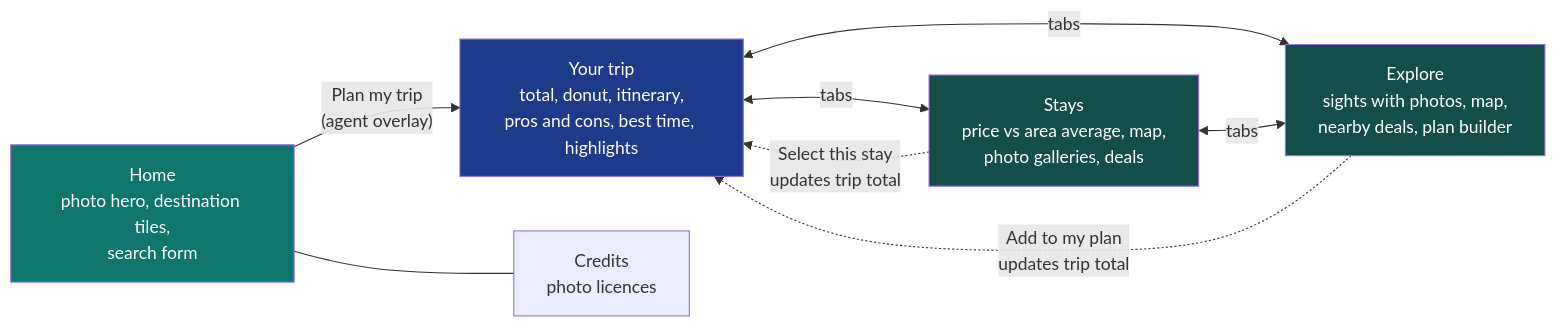
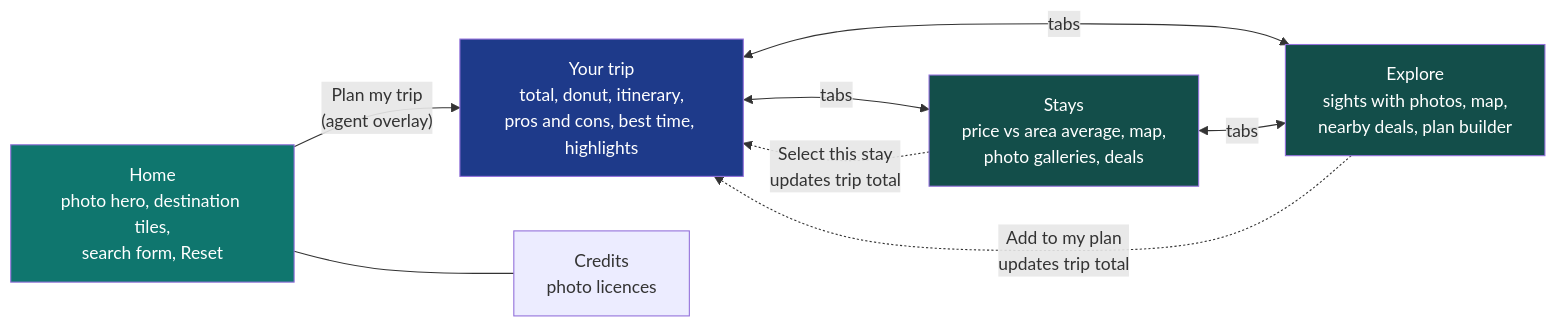
The first of 4 diagrams in docs/04-frontend-and-visual-experience.md (roybrand/travelAgentAI), drawn with Mermaid before and after one commit. The commit also changed 74 other files, not shown here.

````diff
--- a/docs/04-frontend-and-visual-experience.md
+++ b/docs/04-frontend-and-visual-experience.md
@@ -24,20 +24,20 @@
 ```mermaid
 flowchart LR
-    H["Home<br/>photo hero, destination tiles,<br/>search form"] -->|"Plan my trip<br/>(agent overlay)"| T
+    H["Home<br/>photo hero, destination tiles,<br/>search form, Reset"] -->|"Plan my trip<br/>(agent overlay)"| T
     T["Your trip<br/>total, donut, itinerary,<br/>pros and cons, best time, highlights"]
     S["Stays<br/>price vs area average, map,<br/>photo galleries, deals"]
     E["Explore<br/>sights with photos, map,<br/>nearby deals, plan builder"]
     C["Credits<br/>photo licences"]
 
     T <-->|tabs| S
     T <-->|tabs| E
     S <-->|tabs| E
     S -. "Select this stay<br/>updates trip total" .-> T
     E -. "Add to my plan<br/>updates trip total" .-> T
     H --- C
 
     style H fill:#0f766e,color:#fff
     style T fill:#1e3a8a,color:#fff
     style S fill:#134e4a,color:#fff
     style E fill:#134e4a,color:#fff
 ```
````
